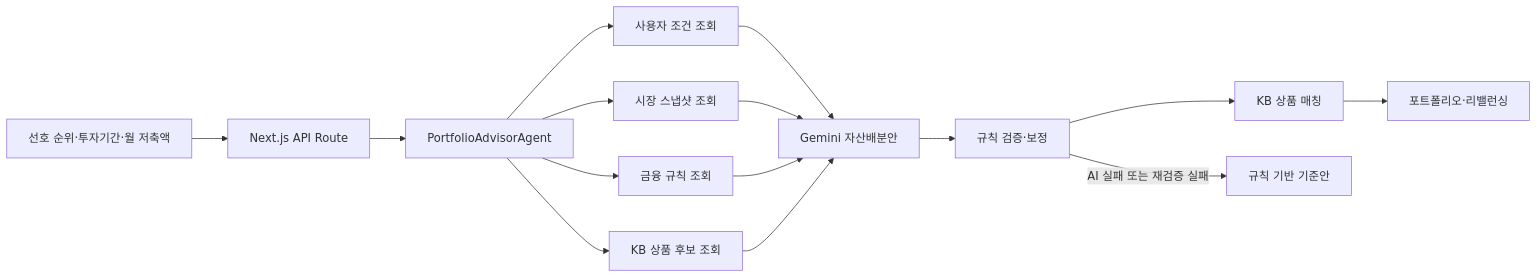
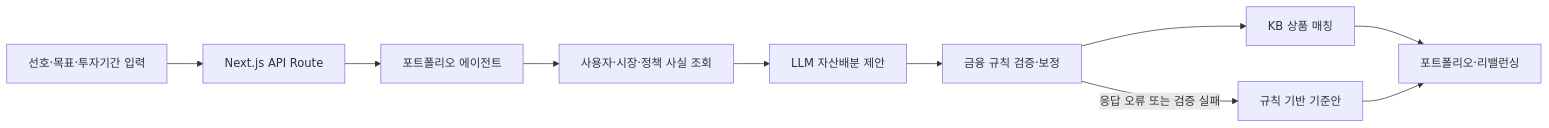
Before and after one commit to byabbya/KB_child_wealth: the diagram in README.md, drawn with Mermaid. The commit also changed other lines of this file, not shown here.

````diff
--- a/README.md
+++ b/README.md
@@ -29,17 +32,12 @@
 ```mermaid
 flowchart LR
-    Input["선호 순위·투자기간·월 저축액"] --> API["Next.js API Route"]
-    API --> Agent["PortfolioAdvisorAgent"]
-    Agent --> UserFacts["사용자 조건 조회"]
-    Agent --> MarketFacts["시장 스냅샷 조회"]
-    Agent --> PolicyFacts["금융 규칙 조회"]
-    Agent --> Products["KB 상품 후보 조회"]
-    UserFacts --> Draft["Gemini 자산배분안"]
-    MarketFacts --> Draft
-    PolicyFacts --> Draft
-    Products --> Draft
-    Draft --> Validate["규칙 검증·보정"]
-    Validate --> Match["KB 상품 매칭"]
+    UI["선호·목표·투자기간 입력"] --> API["Next.js API Route"]
+    API --> Agent["포트폴리오 에이전트"]
+    Agent --> Facts["사용자·시장·정책 사실 조회"]
+    Facts --> LLM["LLM 자산배분 제안"]
+    LLM --> Rules["금융 규칙 검증·보정"]
+    Rules --> Match["KB 상품 매칭"]
     Match --> Result["포트폴리오·리밸런싱"]
-    Validate -->|AI 실패 또는 재검증 실패| Fallback["규칙 기반 기준안"]
+    Rules -->|"응답 오류 또는 검증 실패"| Fallback["규칙 기반 기준안"]
+    Fallback --> Result
 ```
````
